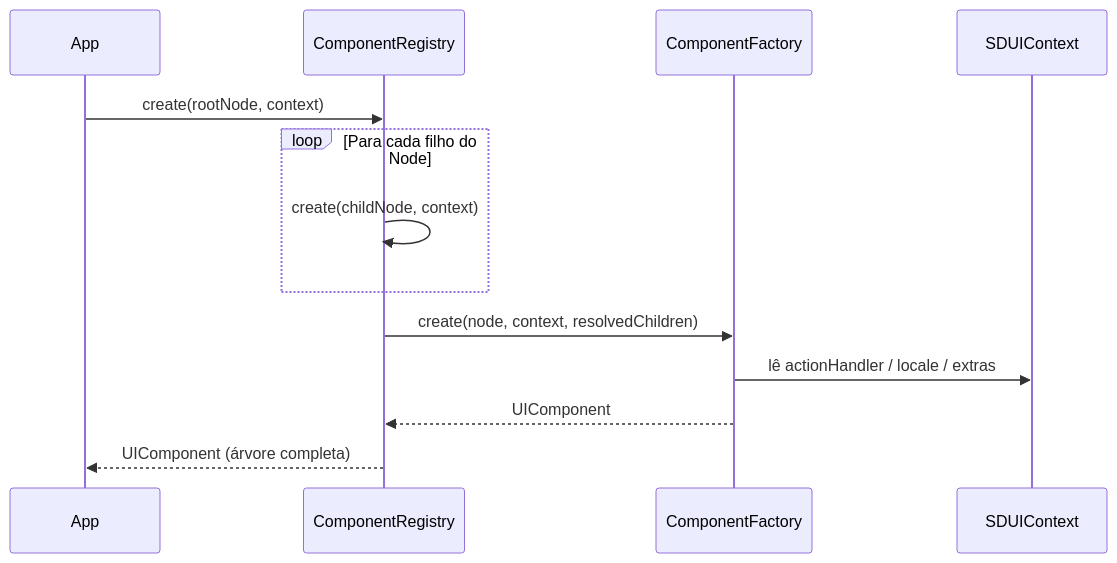
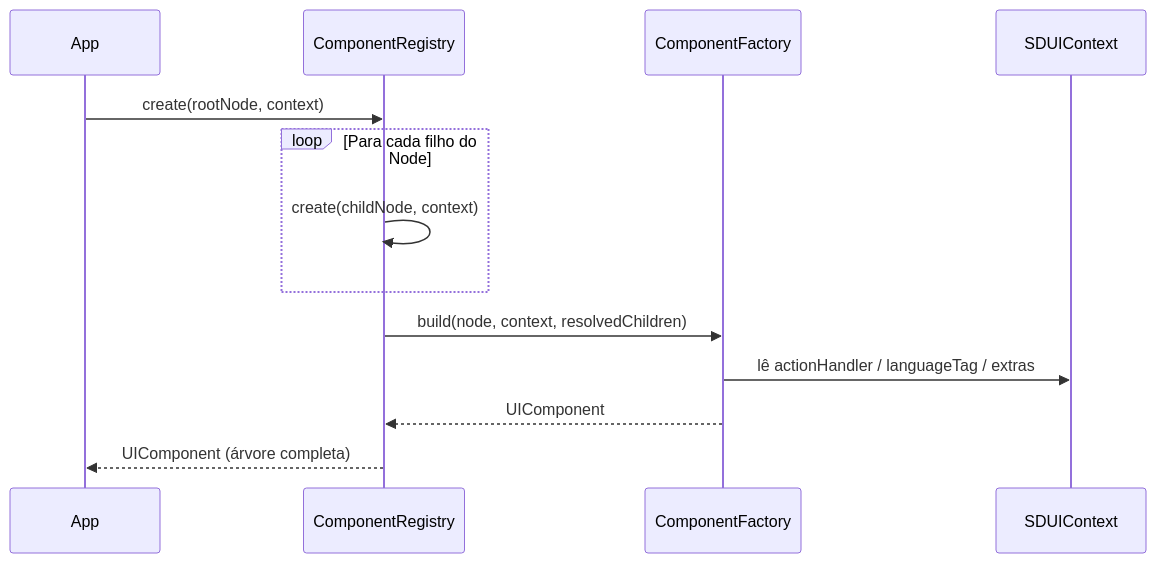
One commit to douglaswilliamnsantana/android-sdui changed the diagram in docs/sdui-core.md. Above: the diagram before and after it, drawn with Mermaid. The commit also changed other lines of this file and 4 other files, not shown here.

````diff
--- a/docs/sdui-core.md
+++ b/docs/sdui-core.md
@@ -173,16 +191,16 @@
 ```mermaid
 sequenceDiagram
     participant App
     participant ComponentRegistry
     participant ComponentFactory
     participant SDUIContext
 
     App->>ComponentRegistry: create(rootNode, context)
     loop Para cada filho do Node
         ComponentRegistry->>ComponentRegistry: create(childNode, context)
     end
-    ComponentRegistry->>ComponentFactory: create(node, context, resolvedChildren)
-    ComponentFactory->>SDUIContext: lê actionHandler / locale / extras
+    ComponentRegistry->>ComponentFactory: build(node, context, resolvedChildren)
+    ComponentFactory->>SDUIContext: lê actionHandler / languageTag / extras
     ComponentFactory-->>ComponentRegistry: UIComponent
     ComponentRegistry-->>App: UIComponent (árvore completa)
 ```
````
